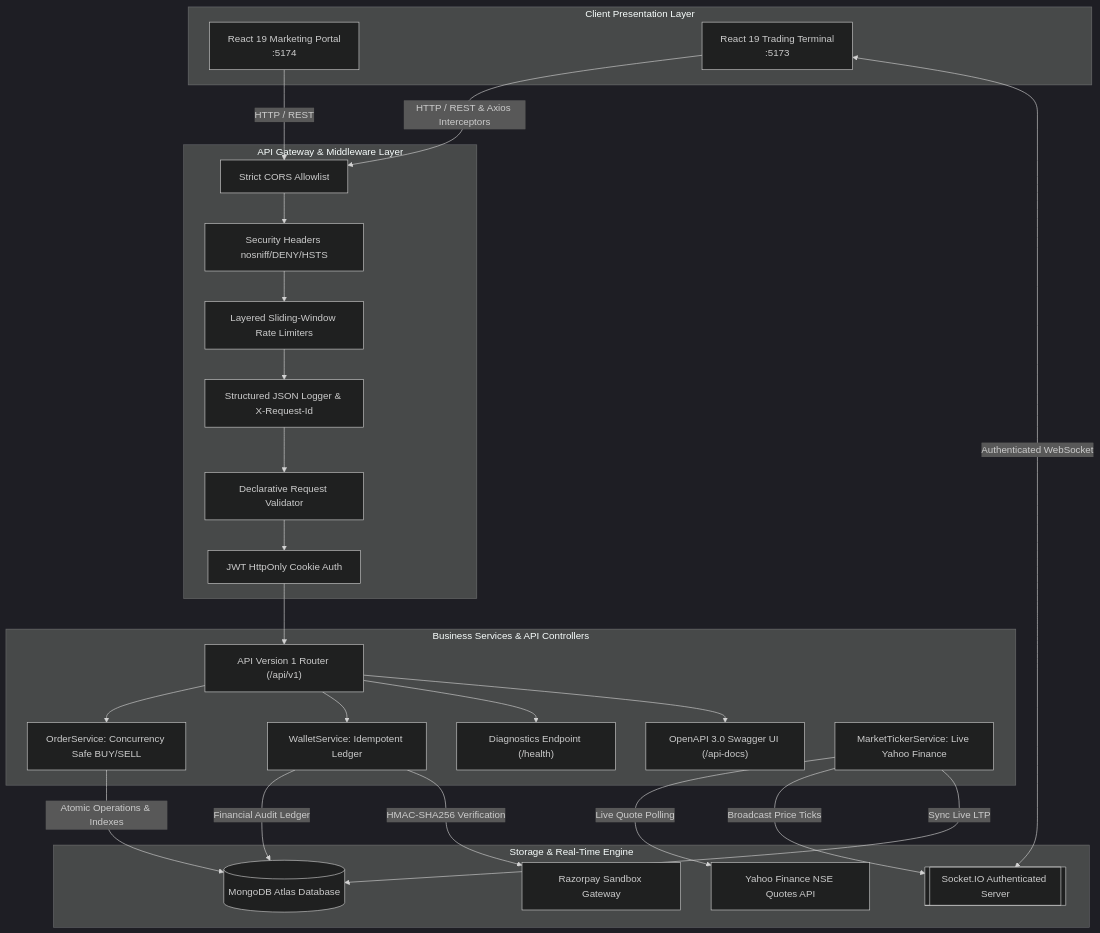
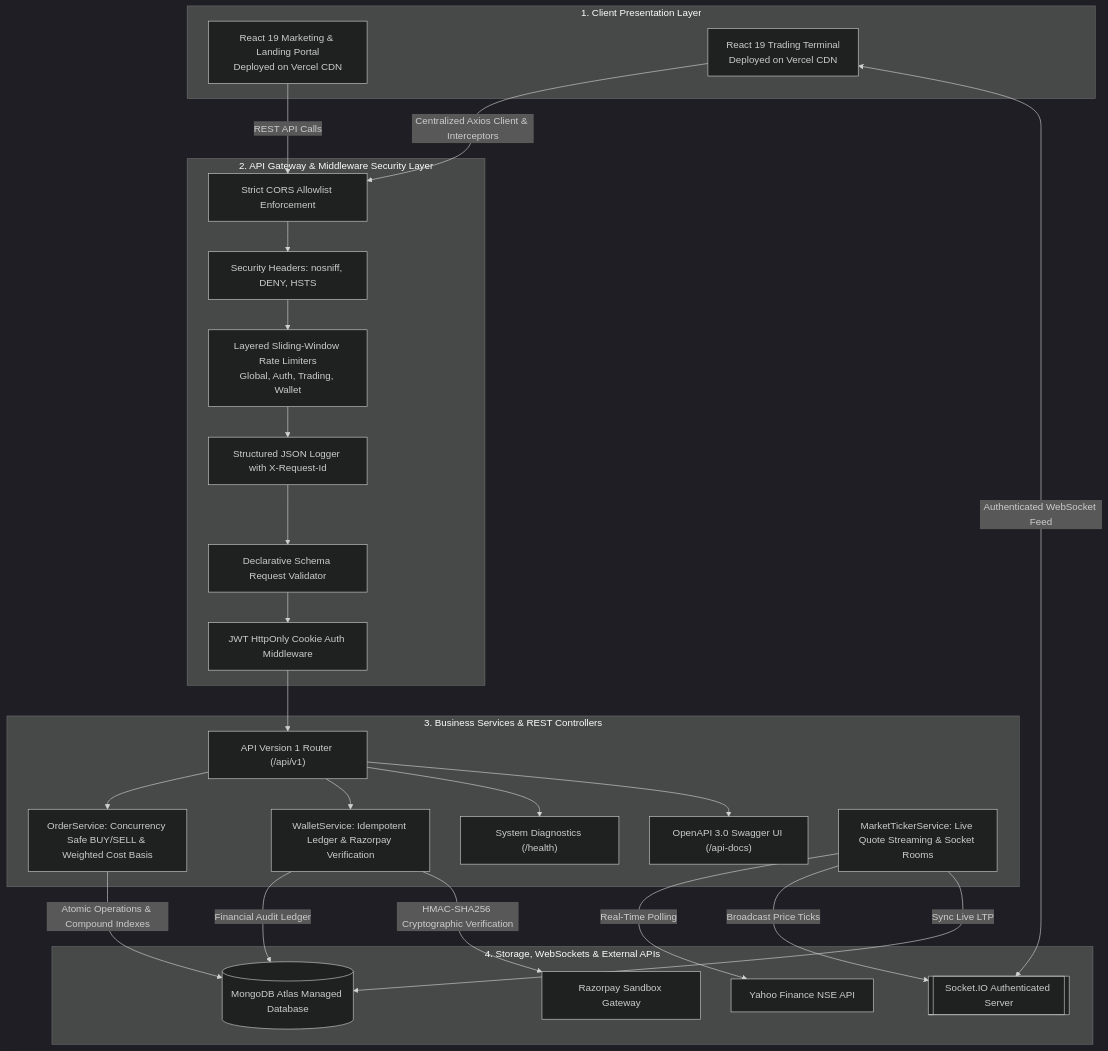
The first of 2 diagrams in README.md (Sekhar01807/Trading-platform), drawn with Mermaid (dark theme) before and after one commit. The commit also changed other lines of this file and 4 other files, not shown here.

Commit message:
docs: finalize PulseTrade branding, badges, architecture diagrams, test report & demo credentials

````diff
--- a/README.md
+++ b/README.md
@@ -16,49 +75,49 @@
 ```mermaid
 flowchart TB
-    subgraph ClientLayer [Client Presentation Layer]
-        FE[React 19 Marketing Portal\n:5174]
-        DASH[React 19 Trading Terminal\n:5173]
+    subgraph ClientLayer [1. Client Presentation Layer]
+        FE[React 19 Marketing & Landing Portal\nDeployed on Vercel CDN]
+        DASH[React 19 Trading Terminal\nDeployed on Vercel CDN]
     end
 
-    subgraph GatewayLayer [API Gateway & Middleware Layer]
-        CORS[Strict CORS Allowlist]
-        SEC[Security Headers nosniff/DENY/HSTS]
-        RL[Layered Sliding-Window Rate Limiters]
-        AUTH[JWT HttpOnly Cookie Auth]
-        VAL[Declarative Request Validator]
-        LOG[Structured JSON Logger & X-Request-Id]
+    subgraph GatewayLayer [2. API Gateway & Middleware Security Layer]
+        CORS[Strict CORS Allowlist Enforcement]
+        SEC[Security Headers: nosniff, DENY, HSTS]
+        RL[Layered Sliding-Window Rate Limiters\nGlobal, Auth, Trading, Wallet]
+        LOG[Structured JSON Logger with X-Request-Id]
+        VAL[Declarative Schema Request Validator]
+        AUTH[JWT HttpOnly Cookie Auth Middleware]
     end
 
-    subgraph ServiceLayer [Business Services & API Controllers]
+    subgraph ServiceLayer [3. Business Services & REST Controllers]
         API_V1["API Version 1 Router (/api/v1)"]
         SWAGGER["OpenAPI 3.0 Swagger UI (/api-docs)"]
-        HEALTH["Diagnostics Endpoint (/health)"]
-        ORDER_SVC[OrderService: Concurrency Safe BUY/SELL]
-        WALLET_SVC[WalletService: Idempotent Ledger]
-        TICKER_SVC[MarketTickerService: Live Yahoo Finance]
+        HEALTH["System Diagnostics (/health)"]
+        ORDER_SVC["OrderService: Concurrency Safe BUY/SELL & Weighted Cost Basis"]
+        WALLET_SVC["WalletService: Idempotent Ledger & Razorpay Verification"]
+        TICKER_SVC["MarketTickerService: Live Quote Streaming & Socket Rooms"]
     end
 
-    subgraph DataLayer [Storage & Real-Time Engine]
-        MONGO[(MongoDB Atlas Database)]
+    subgraph DataLayer [4. Storage, WebSockets & External APIs]
+        MONGO[(MongoDB Atlas Managed Database)]
         SOCKET[[Socket.IO Authenticated Server]]
-        YAHOO[Yahoo Finance NSE Quotes API]
+        YAHOO[Yahoo Finance NSE API]
         RZP[Razorpay Sandbox Gateway]
     end
 
-    FE -->|HTTP / REST| CORS
-    DASH -->|HTTP / REST & Axios Interceptors| CORS
-    DASH <-->|Authenticated WebSocket| SOCKET
+    FE -->|REST API Calls| CORS
+    DASH -->|Centralized Axios Client & Interceptors| CORS
+    DASH <-->|Authenticated WebSocket Feed| SOCKET
 
     CORS --> SEC --> RL --> LOG --> VAL --> AUTH --> API_V1
     API_V1 --> ORDER_SVC
     API_V1 --> WALLET_SVC
     API_V1 --> HEALTH
     API_V1 --> SWAGGER
 
-    ORDER_SVC -->|Atomic Operations & Indexes| MONGO
+    ORDER_SVC -->|Atomic Operations & Compound Indexes| MONGO
     WALLET_SVC -->|Financial Audit Ledger| MONGO
-    WALLET_SVC -->|HMAC-SHA256 Verification| RZP
-    TICKER_SVC -->|Live Quote Polling| YAHOO
+    WALLET_SVC -->|HMAC-SHA256 Cryptographic Verification| RZP
+    TICKER_SVC -->|Real-Time Polling| YAHOO
     TICKER_SVC -->|Broadcast Price Ticks| SOCKET
     TICKER_SVC -->|Sync Live LTP| MONGO
 ```
````
